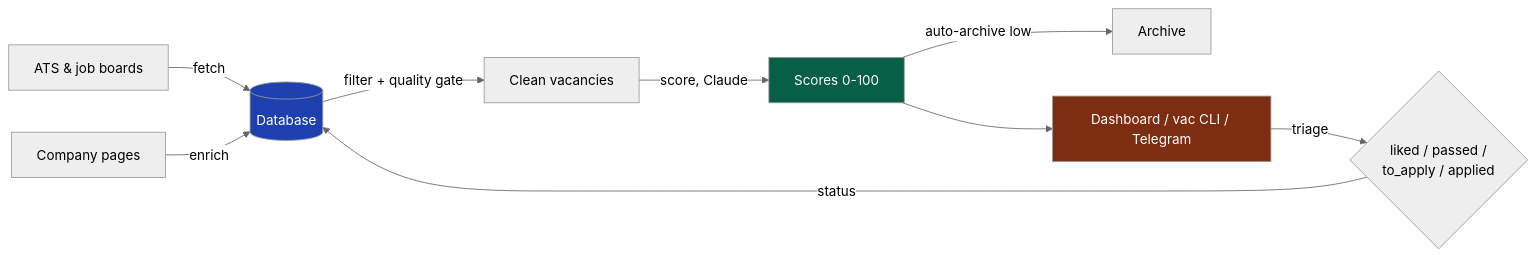
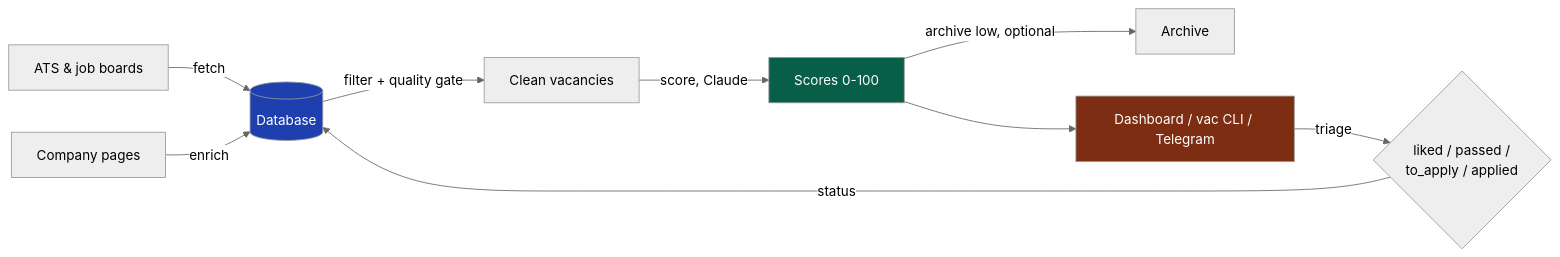
One commit to ncalavera/llm-job-pipeline changed the diagram in README.md. Above: the diagram before and after it, drawn with Mermaid (neutral theme). The commit also changed 3 other files, not shown here.

````diff
--- a/README.md
+++ b/README.md
@@ -64,15 +64,15 @@
 ```mermaid
 flowchart LR
     A[ATS & job boards] -->|fetch| B[(Database)]
     A2[Company pages] -->|enrich| B
     B -->|filter + quality gate| C[Clean vacancies]
     C -->|score, Claude| D[Scores 0-100]
-    D -->|auto-archive low| E[Archive]
+    D -->|archive low, optional| E[Archive]
     D --> F[Dashboard / vac CLI / Telegram]
     F -->|triage| G{liked / passed /<br/>to_apply / applied}
     G -->|status| B
 
     style B fill:#1E40AF,color:#fff
     style D fill:#065F46,color:#fff
     style F fill:#7C2D12,color:#fff
 ```
````
